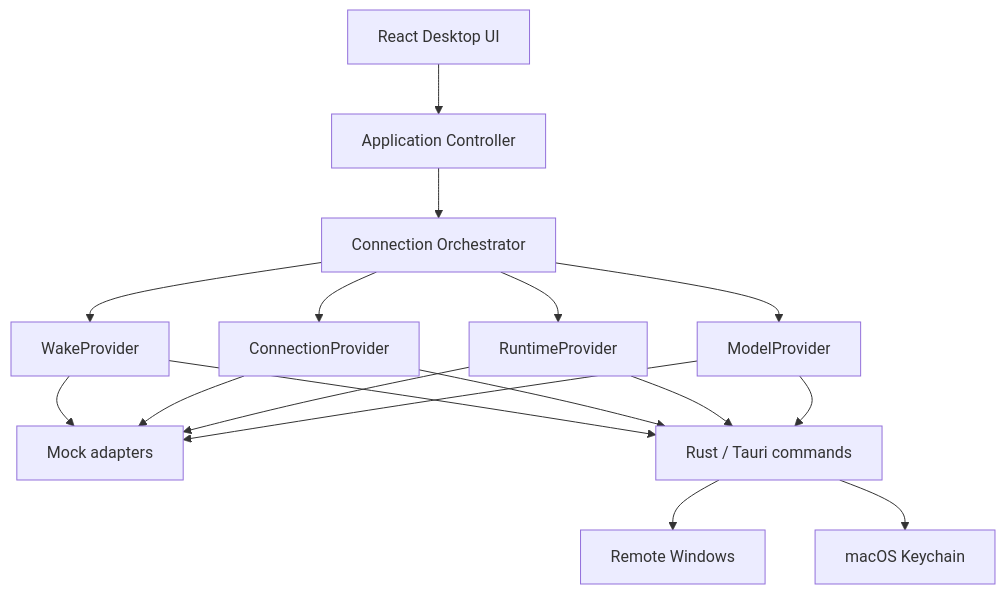
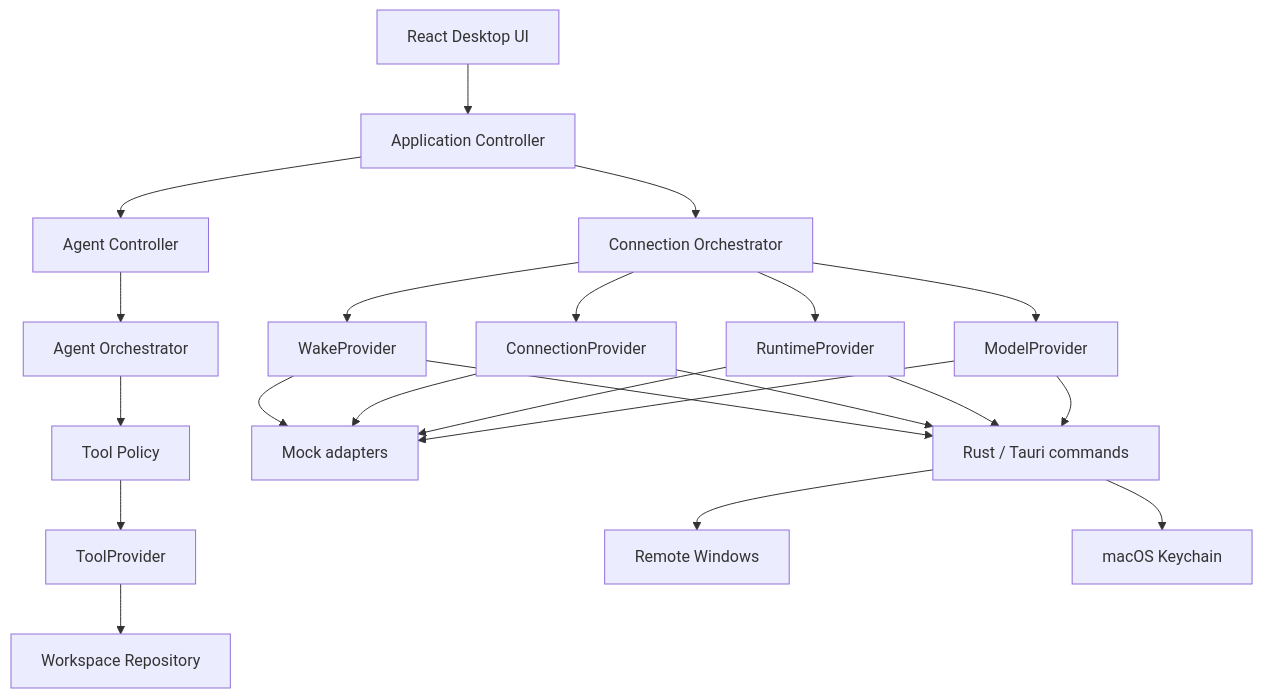
One commit to cprtmchzh/local-llm-client changed the first of 2 diagrams in docs/ARCHITECTURE.md. Above: the diagram before and after it, drawn with Mermaid. The commit also changed other lines of this file and 4 other files, not shown here.

Commit message:
docs: document agent desktop architecture

````diff
--- a/docs/ARCHITECTURE.md
+++ b/docs/ARCHITECTURE.md
@@ -7,19 +7,24 @@
 ```mermaid
 flowchart TB
   UI[React Desktop UI] --> CTRL[Application Controller]
   CTRL --> ORCH[Connection Orchestrator]
+  CTRL --> AGENT[Agent Controller]
+  AGENT --> AORCH[Agent Orchestrator]
+  AORCH --> POLICY[Tool Policy]
+  POLICY --> TOOLS[ToolProvider]
+  TOOLS --> WS[Workspace Repository]
   ORCH --> WAKE[WakeProvider]
   ORCH --> CONN[ConnectionProvider]
   ORCH --> RUN[RuntimeProvider]
   ORCH --> MODEL[ModelProvider]
   WAKE --> MOCK[Mock adapters]
   CONN --> MOCK
   RUN --> MOCK
   MODEL --> MOCK
   WAKE --> RUST[Rust / Tauri commands]
   CONN --> RUST
   RUN --> RUST
   MODEL --> RUST
   RUST --> WIN[Remote Windows]
   RUST --> KEYCHAIN[macOS Keychain]
 ```
````
